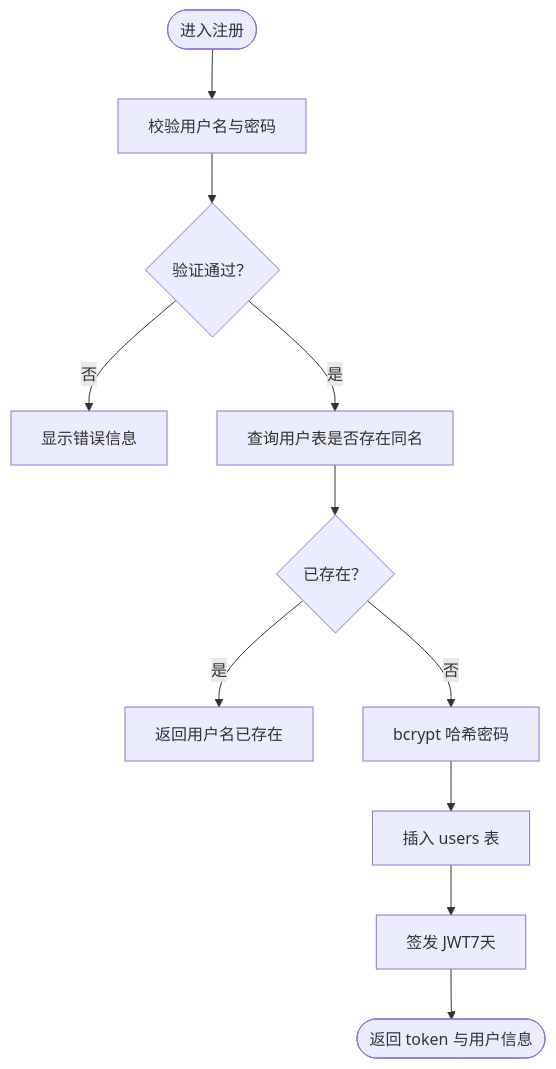
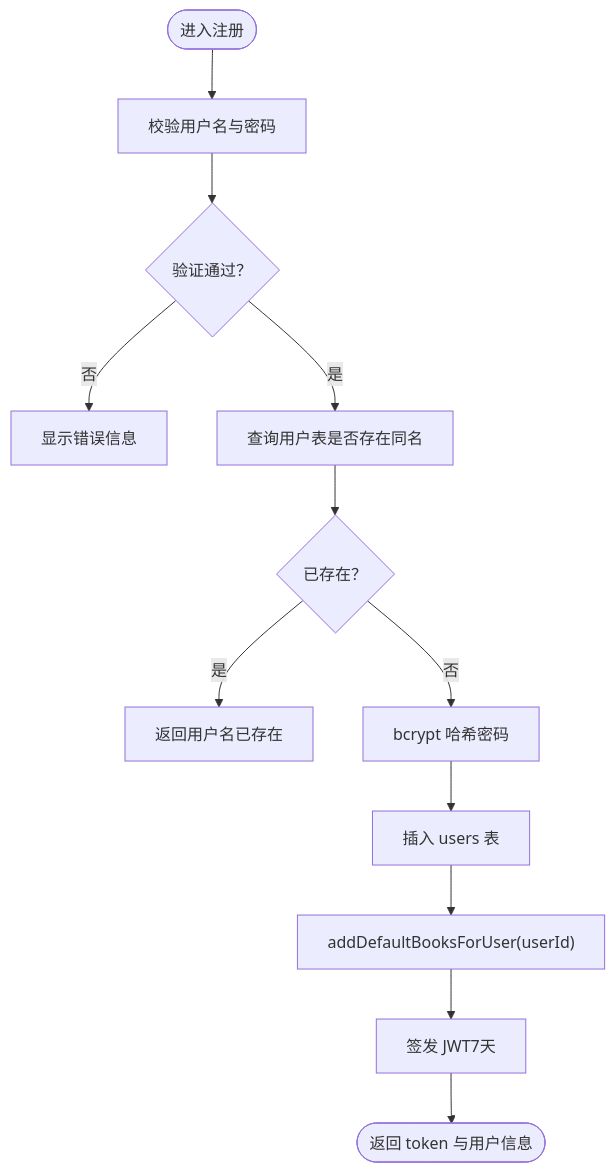
Before and after one commit to 1431529361/aread: the third of 6 diagrams in .qoder/repowiki/zh/content/用户指南/用户认证.md, drawn with Mermaid. The commit also changed other lines of this file and 32 other files, not shown here.

````diff
--- a/.qoder/repowiki/zh/content/用户指南/用户认证.md
+++ b/.qoder/repowiki/zh/content/用户指南/用户认证.md
@@ -125,13 +150,14 @@
 ```mermaid
 flowchart TD
 Start(["进入注册"]) --> Validate["校验用户名与密码"]
 Validate --> Valid{"验证通过？"}
 Valid --> |否| ShowError["显示错误信息"]
 Valid --> |是| CheckDup["查询用户表是否存在同名"]
 CheckDup --> Exists{"已存在？"}
 Exists --> |是| DupError["返回用户名已存在"]
 Exists --> |否| HashPwd["bcrypt 哈希密码"]
 HashPwd --> Insert["插入 users 表"]
-Insert --> SignToken["签发 JWT7天"]
+Insert --> Provision["addDefaultBooksForUser(userId)"]
+Provision --> SignToken["签发 JWT7天"]
 SignToken --> Done(["返回 token 与用户信息"])
 ```
````
